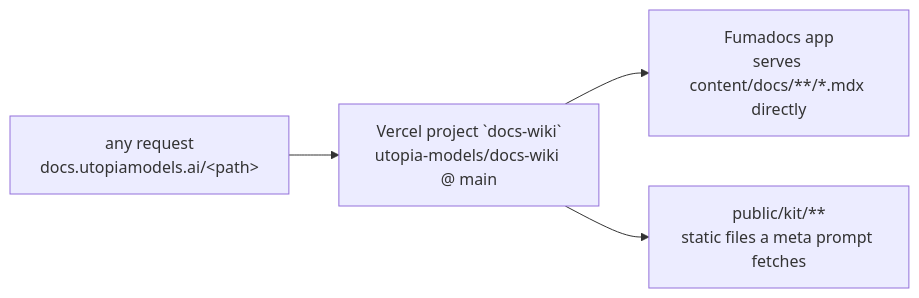
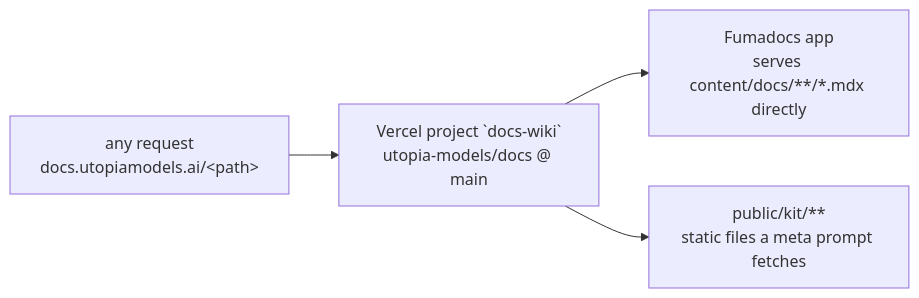
The diagram in content/docs/source/wi/components/site-docs-wiki.md (utopia-models/docs), drawn with Mermaid before and after one commit. The commit also changed other lines of this file and 1 other file, not shown here.

````diff
--- a/content/docs/source/wi/components/site-docs-wiki.md
+++ b/content/docs/source/wi/components/site-docs-wiki.md
@@ -62,6 +70,6 @@
 ```mermaid
 flowchart LR
-    R["any request<br/>docs.utopiamodels.ai/&lt;path&gt;"] --> V["Vercel project `docs-wiki`<br/>utopia-models/docs-wiki @ main"]
+    R["any request<br/>docs.utopiamodels.ai/&lt;path&gt;"] --> V["Vercel project `docs-wiki`<br/>utopia-models/docs @ main"]
     V --> P["Fumadocs app<br/>serves content/docs/**/*.mdx directly"]
     V --> K["public/kit/**<br/>static files a meta prompt fetches"]
 ```
````
